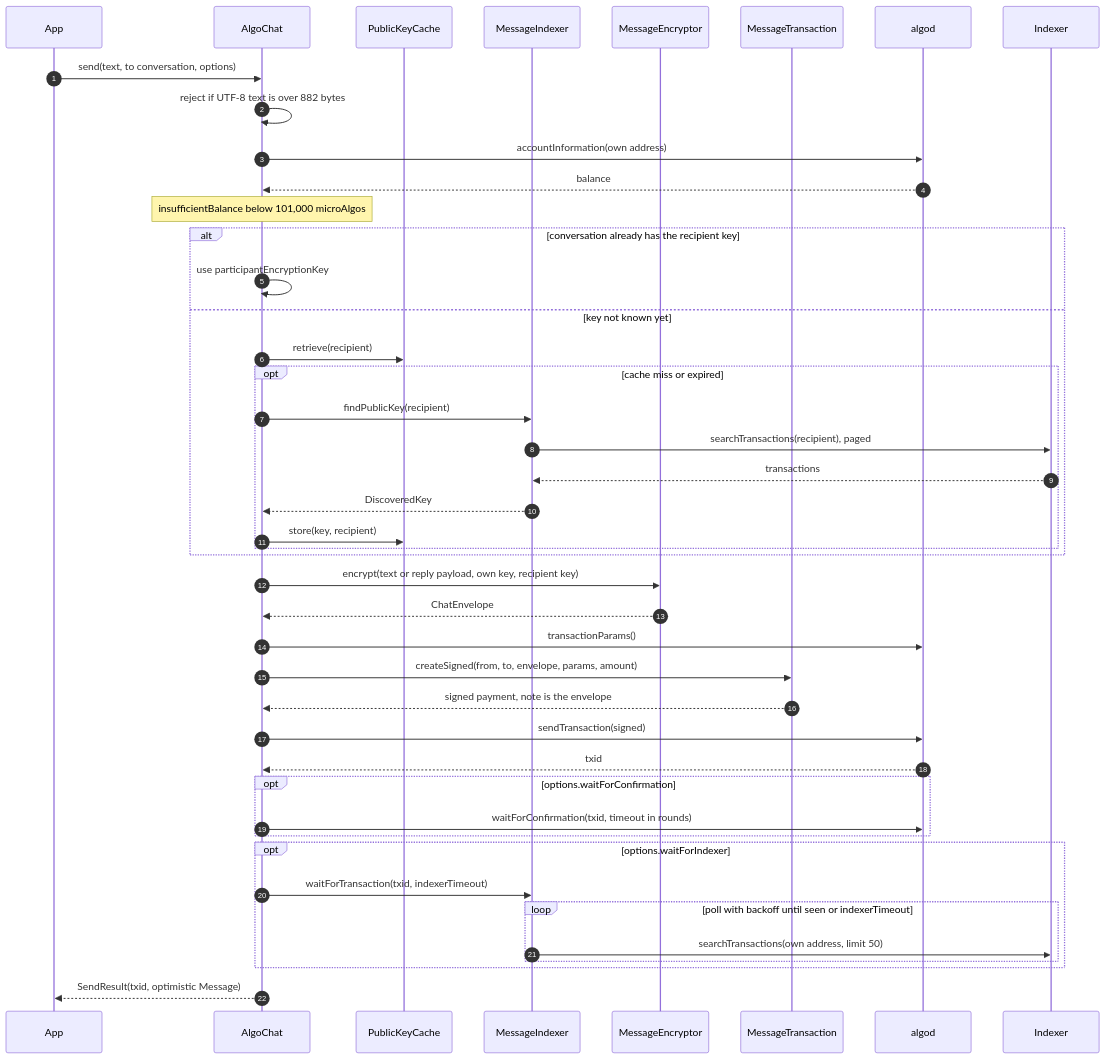
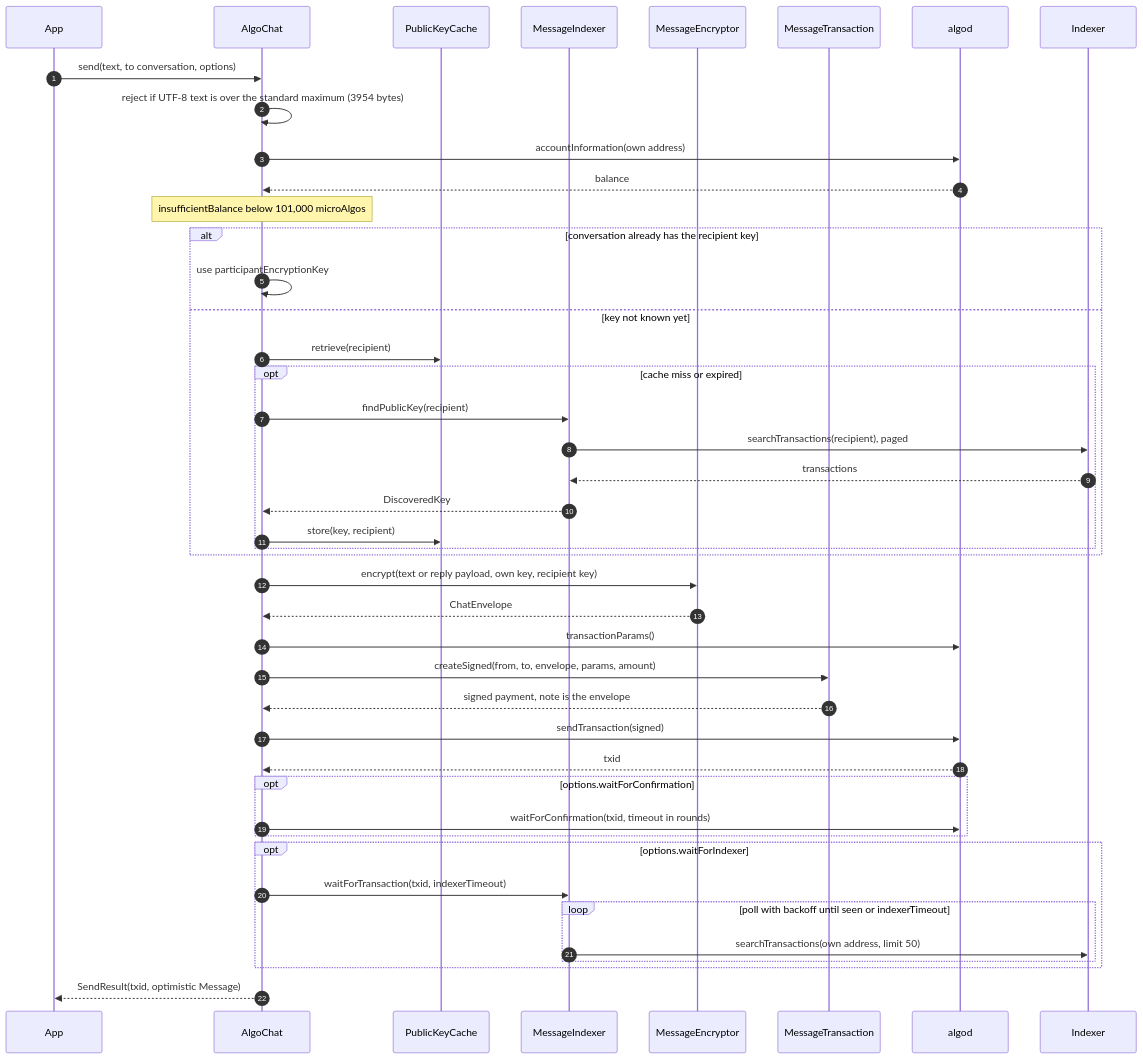
One commit to CorvidLabs/swift-algochat changed the fifth of 12 diagrams in docs/HLD.md. Above: the diagram before and after it, drawn with Mermaid. The commit also changed other lines of this file and 20 other files, not shown here.

First line of the commit message:
Update: Raise the AlgoChat note ceiling to 4096 bytes

````diff
--- a/docs/HLD.md
+++ b/docs/HLD.md
@@ -362,47 +365,47 @@
 ```mermaid
 sequenceDiagram
     autonumber
     participant App
     participant Chat as AlgoChat
     participant Keys as PublicKeyCache
     participant Idx as MessageIndexer
     participant Enc as MessageEncryptor
     participant Tx as MessageTransaction
     participant Algod as algod
     participant Indexer
 
     App->>Chat: send(text, to conversation, options)
-    Chat->>Chat: reject if UTF-8 text is over 882 bytes
+    Chat->>Chat: reject if UTF-8 text is over the standard maximum (3954 bytes)
     Chat->>Algod: accountInformation(own address)
     Algod-->>Chat: balance
     Note over Chat: insufficientBalance below 101,000 microAlgos
     alt conversation already has the recipient key
         Chat->>Chat: use participantEncryptionKey
     else key not known yet
         Chat->>Keys: retrieve(recipient)
         opt cache miss or expired
             Chat->>Idx: findPublicKey(recipient)
             Idx->>Indexer: searchTransactions(recipient), paged
             Indexer-->>Idx: transactions
             Idx-->>Chat: DiscoveredKey
             Chat->>Keys: store(key, recipient)
         end
     end
     Chat->>Enc: encrypt(text or reply payload, own key, recipient key)
     Enc-->>Chat: ChatEnvelope
     Chat->>Algod: transactionParams()
     Chat->>Tx: createSigned(from, to, envelope, params, amount)
     Tx-->>Chat: signed payment, note is the envelope
     Chat->>Algod: sendTransaction(signed)
     Algod-->>Chat: txid
     opt options.waitForConfirmation
         Chat->>Algod: waitForConfirmation(txid, timeout in rounds)
     end
     opt options.waitForIndexer
         Chat->>Idx: waitForTransaction(txid, indexerTimeout)
         loop poll with backoff until seen or indexerTimeout
             Idx->>Indexer: searchTransactions(own address, limit 50)
         end
     end
     Chat-->>App: SendResult(txid, optimistic Message)
 ```
````
